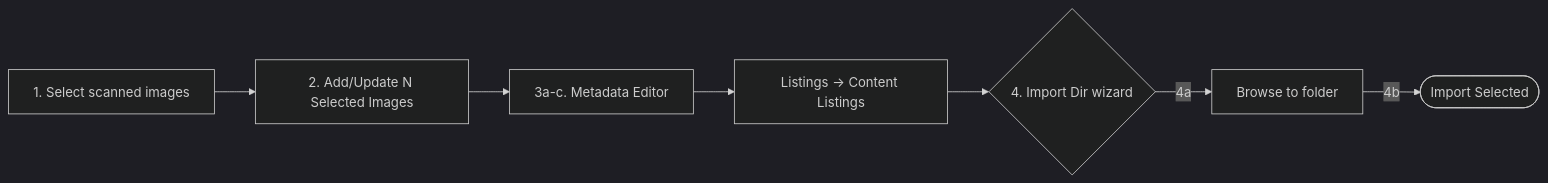
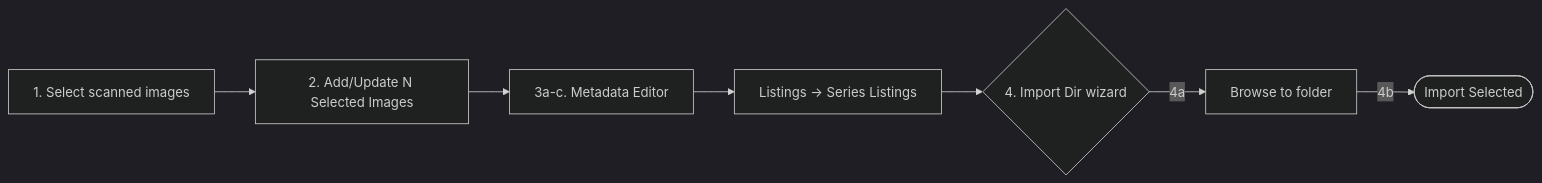
One commit to ACFHarbinger/Image-Toolkit changed the fourth of 6 diagrams in docs/tutorials/workflows.md. Above: the diagram before and after it, drawn with Mermaid (dark theme). The commit also changed other lines of this file and 32 other files, not shown here.

````diff
--- a/docs/tutorials/workflows.md
+++ b/docs/tutorials/workflows.md
@@ -420,9 +420,9 @@
 ```mermaid
 flowchart LR
     A["1. Select scanned images"] --> B["2. Add/Update N Selected Images"]
     B --> C["3a-c. Metadata Editor"]
-    C --> D["Listings -> Content Listings"]
+    C --> D["Listings -> Series Listings"]
     D --> E{"4. Import Dir wizard"}
     E -->|4a| F["Browse to folder"]
     F -->|4b| G(["Import Selected"])
 ```
````
